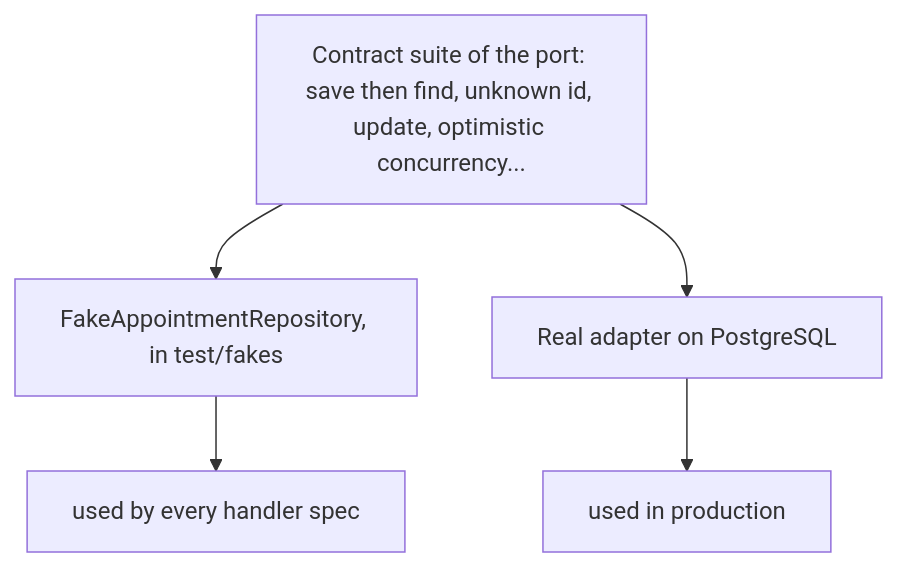
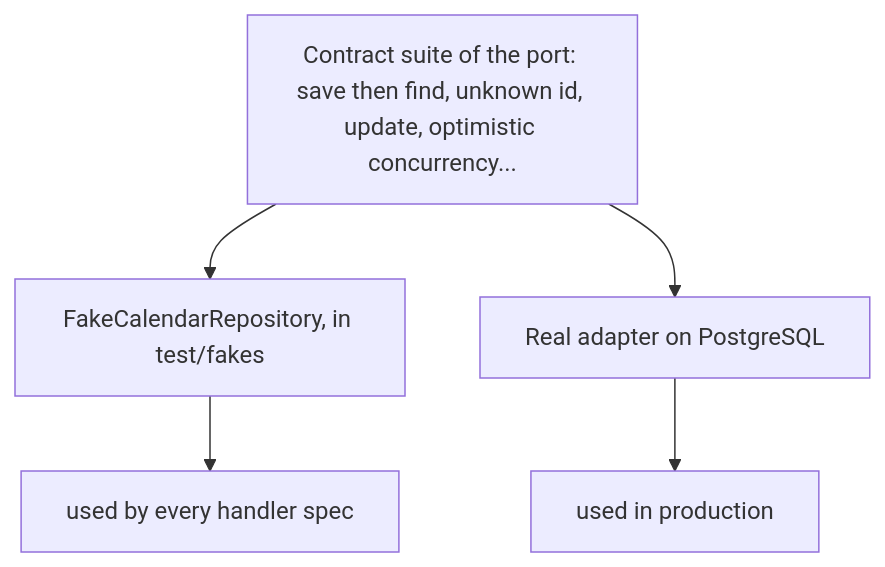
One commit to gbourgeat/ddd-ts-kit changed the diagram in docs/concepts/testing-strategy.md. Above: the diagram before and after it, drawn with Mermaid. The commit also changed other lines of this file and 253 other files, not shown here.

Commit message:
docs(concepts): enrich the concept pages with diagrams and checked samples, in French too

````diff
--- a/docs/concepts/testing-strategy.md
+++ b/docs/concepts/testing-strategy.md
@@ -81,8 +130,8 @@
 ```mermaid
 flowchart TB
   C[Contract suite of the port: save then find, unknown id, update, optimistic concurrency...]
-  C --> F[FakeAppointmentRepository, in test/fakes]
+  C --> F[FakeCalendarRepository, in test/fakes]
   C --> R[Real adapter on PostgreSQL]
   F --> H[used by every handler spec]
   R --> P[used in production]
 ```
````
